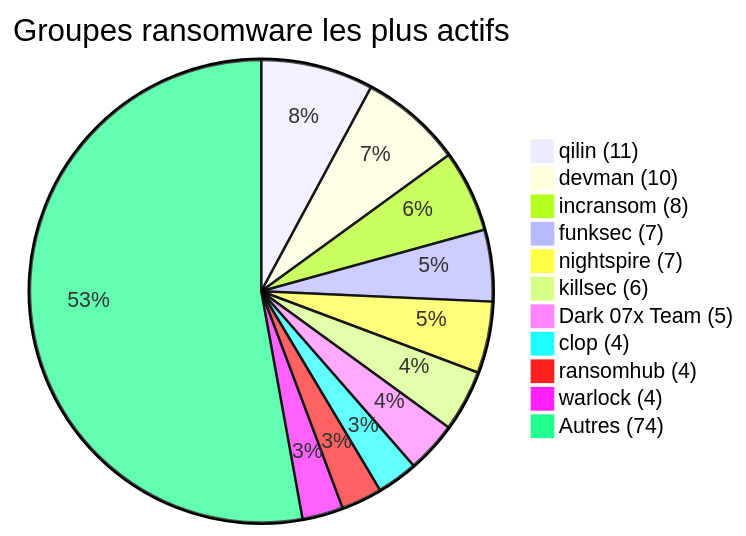
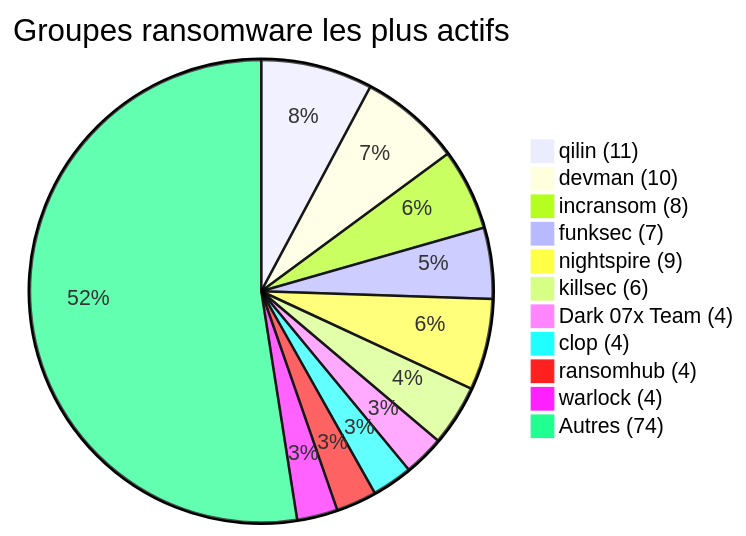
The third of 6 diagrams in CyberAttackAfrica/2025/README_FR.md (Hatchepsoute/AFRINTEL), drawn with Mermaid before and after one commit. The commit also changed other lines of this file and 85 other files, not shown here.

````diff
--- a/CyberAttackAfrica/2025/README_FR.md
+++ b/CyberAttackAfrica/2025/README_FR.md
@@ -78,14 +78,14 @@
 ```mermaid
 pie title Groupes ransomware les plus actifs
     "qilin (11)" : 11
     "devman (10)" : 10
     "incransom (8)" : 8
     "funksec (7)" : 7
-    "nightspire (7)" : 7
+    "nightspire (9)" : 9
     "killsec (6)" : 6
-    "Dark 07x Team (5)" : 5
+    "Dark 07x Team (4)" : 4
     "clop (4)" : 4
     "ransomhub (4)" : 4
     "warlock (4)" : 4
     "Autres (74)" : 74
 ```
````
